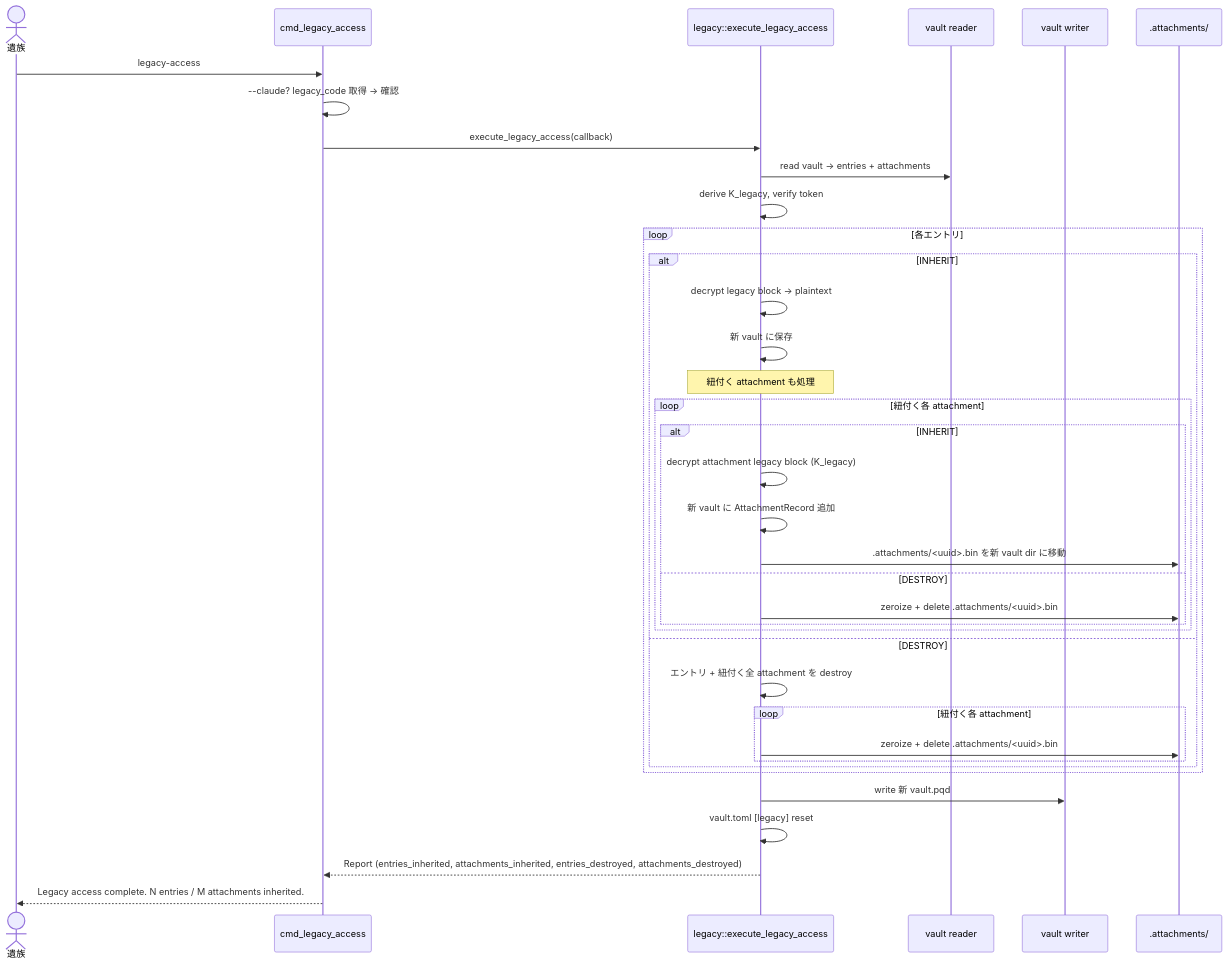
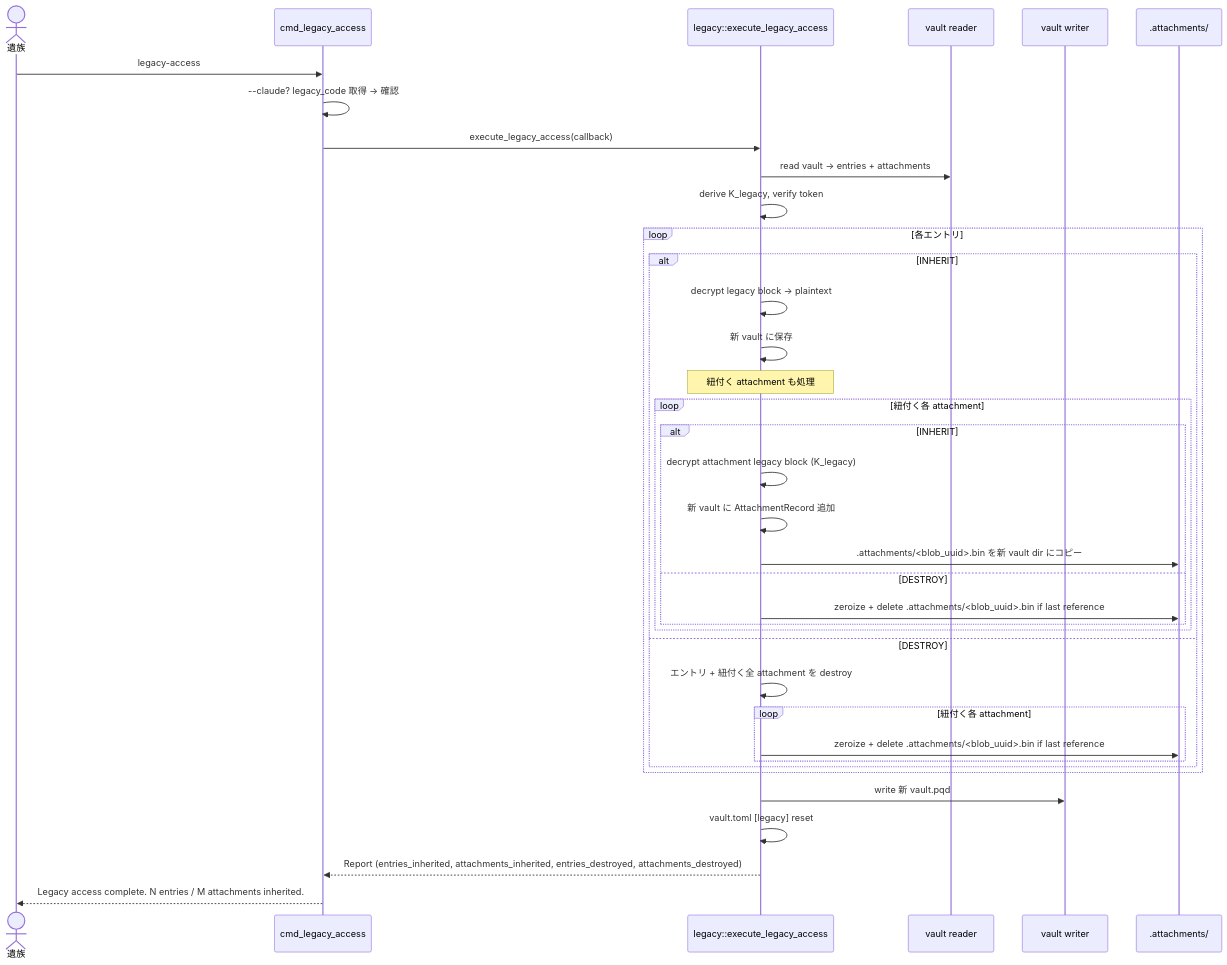
One commit to sudolifeagain/pq-diary changed the fifth of 8 diagrams in docs/design/s13-attachments/dataflow.md. Above: the diagram before and after it, drawn with Mermaid. The commit also changed other lines of this file and 11 other files, not shown here.

````diff
--- a/docs/design/s13-attachments/dataflow.md
+++ b/docs/design/s13-attachments/dataflow.md
@@ -152,42 +162,42 @@
 ```mermaid
 sequenceDiagram
     actor H as 遺族
     participant CMD as cmd_legacy_access
     participant LEG as legacy::execute_legacy_access
     participant V as vault reader
     participant W as vault writer
     participant FS as .attachments/
 
     H->>CMD: legacy-access
     CMD->>CMD: --claude? legacy_code 取得 → 確認
     CMD->>LEG: execute_legacy_access(callback)
     LEG->>V: read vault → entries + attachments
     LEG->>LEG: derive K_legacy, verify token
 
     loop 各エントリ
         alt INHERIT
             LEG->>LEG: decrypt legacy block → plaintext
             LEG->>LEG: 新 vault に保存
             Note over LEG: 紐付く attachment も処理
             loop 紐付く各 attachment
                 alt INHERIT
                     LEG->>LEG: decrypt attachment legacy block (K_legacy)
                     LEG->>LEG: 新 vault に AttachmentRecord 追加
-                    LEG->>FS: .attachments/<uuid>.bin を新 vault dir に移動
+                    LEG->>FS: .attachments/<blob_uuid>.bin を新 vault dir にコピー
                 else DESTROY
-                    LEG->>FS: zeroize + delete .attachments/<uuid>.bin
+                    LEG->>FS: zeroize + delete .attachments/<blob_uuid>.bin if last reference
                 end
             end
         else DESTROY
             LEG->>LEG: エントリ + 紐付く全 attachment を destroy
             loop 紐付く各 attachment
-                LEG->>FS: zeroize + delete .attachments/<uuid>.bin
+                LEG->>FS: zeroize + delete .attachments/<blob_uuid>.bin if last reference
             end
         end
     end
 
     LEG->>W: write 新 vault.pqd
     LEG->>LEG: vault.toml [legacy] reset
     LEG-->>CMD: Report (entries_inherited, attachments_inherited, entries_destroyed, attachments_destroyed)
     CMD-->>H: Legacy access complete. N entries / M attachments inherited.
 ```
````
